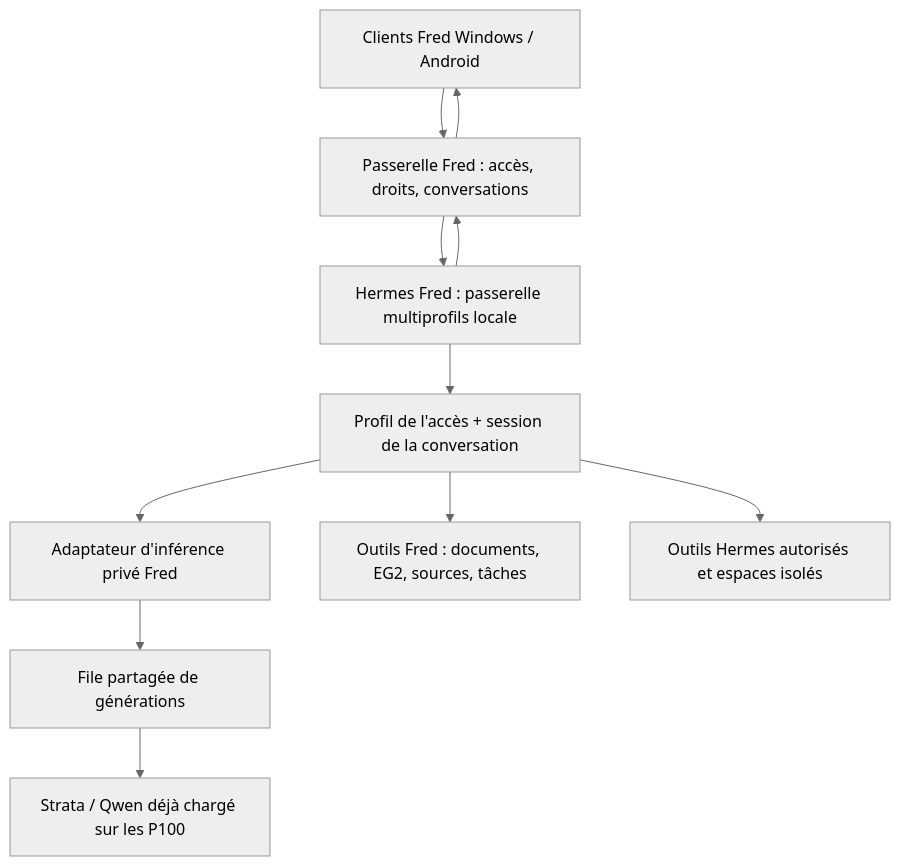
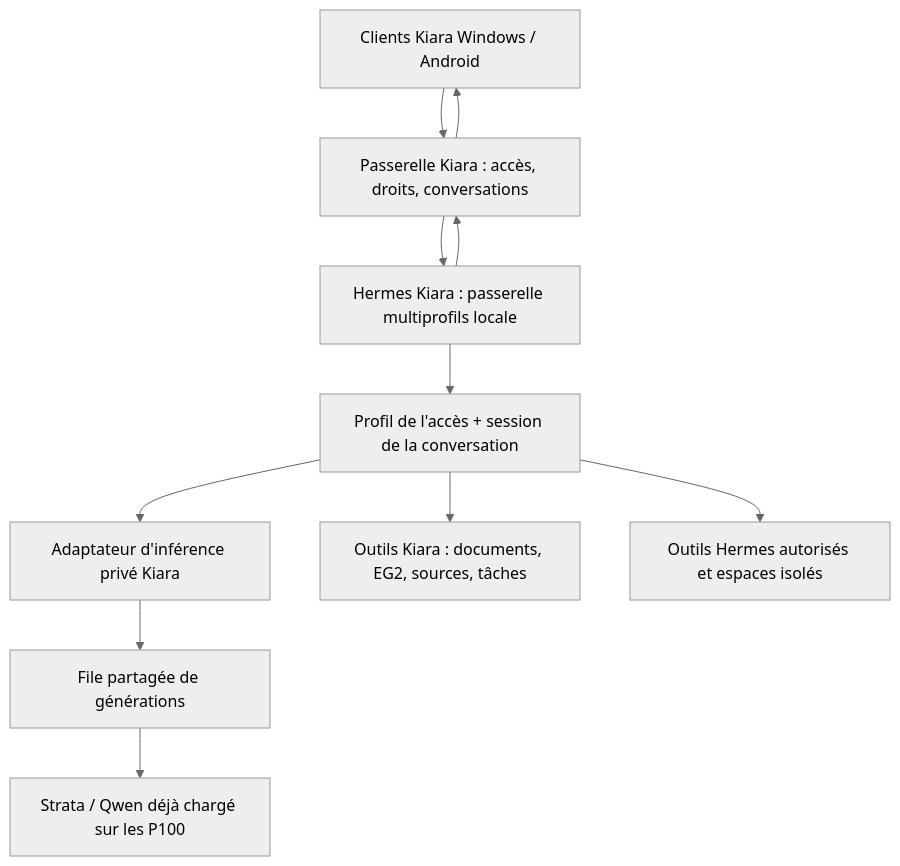
The diagram in PLAN-INTEGRATION-HERMES-FRED.md (Karenax/serveur-ia), drawn with Mermaid (neutral theme) before and after one commit. The commit also changed other lines of this file and 658 other files, not shown here.

````diff
--- a/PLAN-INTEGRATION-HERMES-FRED.md
+++ b/PLAN-INTEGRATION-HERMES-FRED.md
@@ -36,13 +44,13 @@
 ```mermaid
 flowchart TD
-    C[Clients Fred Windows / Android] --> F[Passerelle Fred : accès, droits, conversations]
-    F --> H[Hermes Fred : passerelle multiprofils locale]
+    C[Clients Kiara Windows / Android] --> F[Passerelle Kiara : accès, droits, conversations]
+    F --> H[Hermes Kiara : passerelle multiprofils locale]
     H --> P[Profil de l'accès + session de la conversation]
-    P --> I[Adaptateur d'inférence privé Fred]
+    P --> I[Adaptateur d'inférence privé Kiara]
     I --> Q[File partagée de générations]
     Q --> M[Strata / Qwen déjà chargé sur les P100]
-    P --> T[Outils Fred : documents, EG2, sources, tâches]
+    P --> T[Outils Kiara : documents, EG2, sources, tâches]
     P --> S[Outils Hermes autorisés et espaces isolés]
     H --> F
     F --> C
 ```
````
